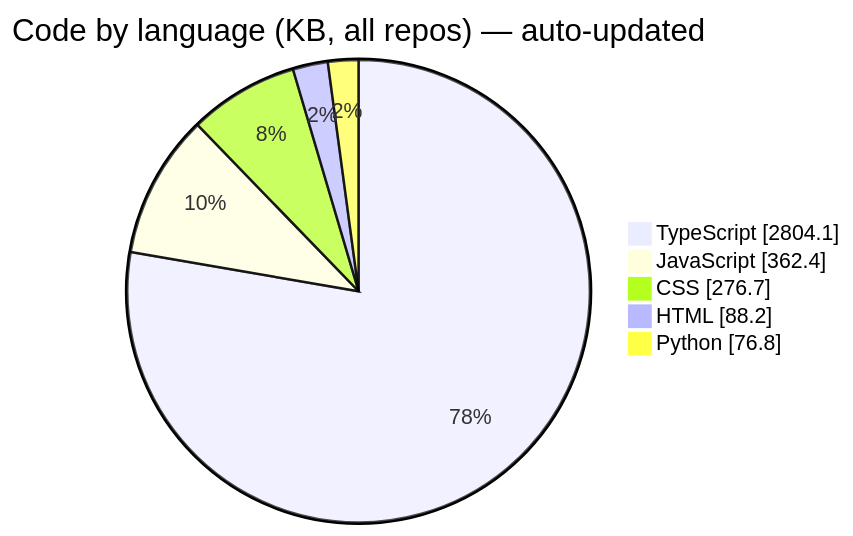
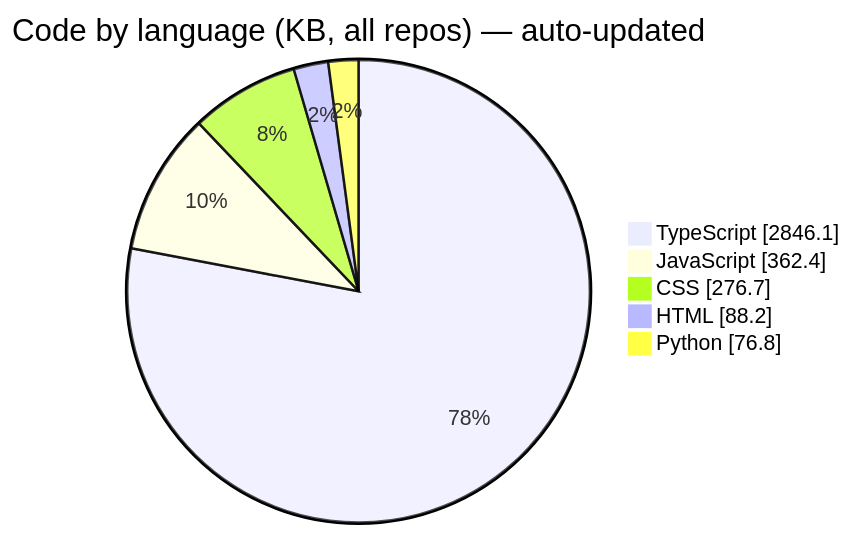
The third of 6 diagrams in README.md (Manashjyoti-Bora/Manashjyoti-Bora), drawn with Mermaid before and after one commit. The commit also changed other lines of this file and 2 other files, not shown here.

````diff
--- a/README.md
+++ b/README.md
@@ -196,9 +196,9 @@
 ```mermaid
 pie showData
     title Code by language (KB, all repos) — auto-updated
-    "TypeScript" : 2804.1
+    "TypeScript" : 2846.1
     "JavaScript" : 362.4
     "CSS" : 276.7
     "HTML" : 88.2
     "Python" : 76.8
 ```
````
